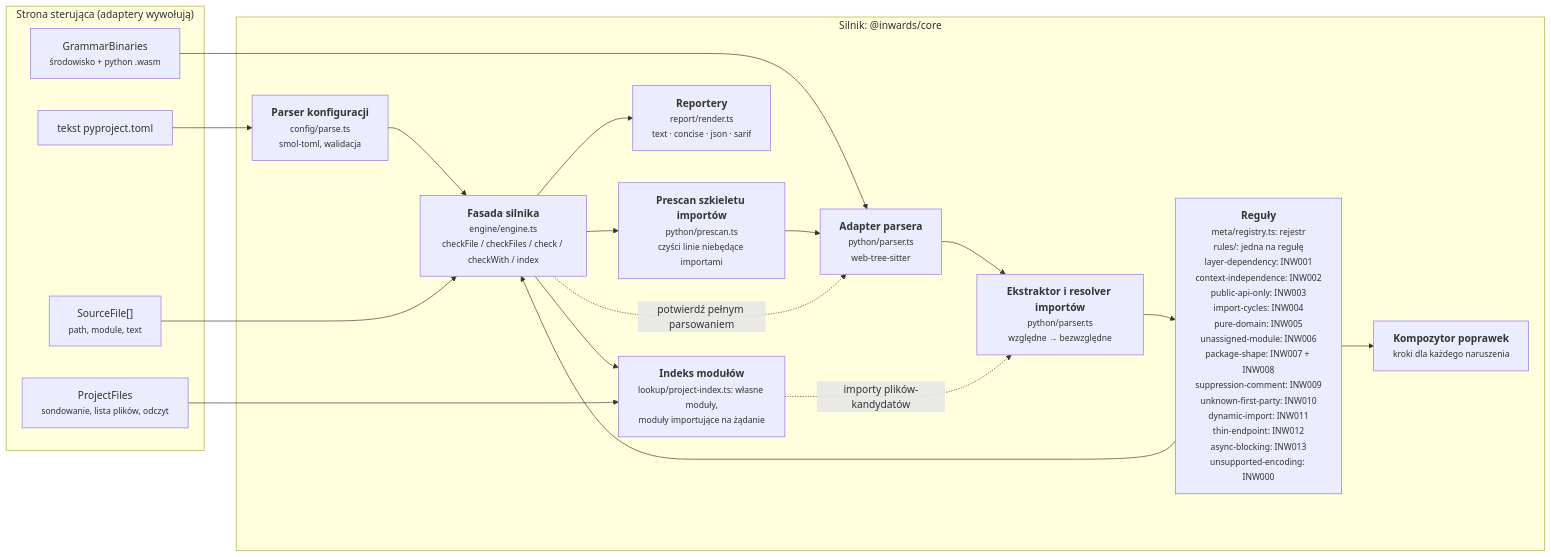
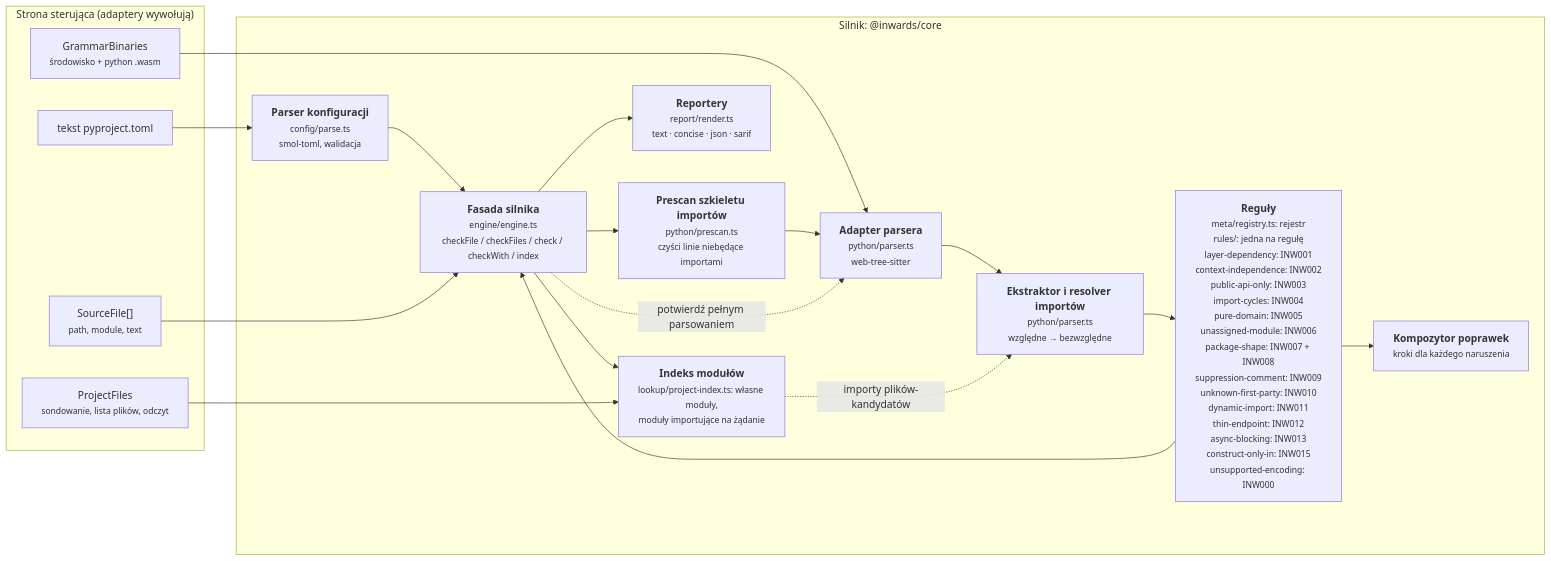
Before and after one commit to SirCypkowskyy/inwards: the third of 6 diagrams in docs/pl/03-Architecture-C4.md, drawn with Mermaid. The commit also changed other lines of this file and 29 other files, not shown here.

Commit message:
feat(rules): add INW015 construct-only-in so only the composition root imports and builds outbound adapters

````diff
--- a/docs/pl/03-Architecture-C4.md
+++ b/docs/pl/03-Architecture-C4.md
@@ -110,33 +110,33 @@
 ```mermaid
 flowchart LR
     subgraph driving["Strona sterująca (adaptery wywołują)"]
         files["SourceFile[]<br/><small>path, module, text</small>"]
         cfgtext["tekst pyproject.toml"]
         wasm["GrammarBinaries<br/><small>środowisko + python .wasm</small>"]
         pfiles["ProjectFiles<br/><small>sondowanie, lista plików, odczyt</small>"]
     end
 
     subgraph enginebox["Silnik: @inwards/core"]
         config["<b>Parser konfiguracji</b><br/><small>config/parse.ts<br/>smol-toml, walidacja</small>"]
         pre["<b>Prescan szkieletu importów</b><br/><small>python/prescan.ts<br/>czyści linie niebędące importami</small>"]
         parser["<b>Adapter parsera</b><br/><small>python/parser.ts<br/>web-tree-sitter</small>"]
         extract["<b>Ekstraktor i resolver importów</b><br/><small>python/parser.ts<br/>względne → bezwzględne</small>"]
-        rules["<b>Reguły</b><br/><small>meta/registry.ts: rejestr<br/>rules/: jedna na regułę<br/>layer-dependency: INW001<br/>context-independence: INW002<br/>public-api-only: INW003<br/>import-cycles: INW004<br/>pure-domain: INW005<br/>unassigned-module: INW006<br/>package-shape: INW007 + INW008<br/>suppression-comment: INW009<br/>unknown-first-party: INW010<br/>dynamic-import: INW011<br/>thin-endpoint: INW012<br/>async-blocking: INW013<br/>unsupported-encoding: INW000</small>"]
+        rules["<b>Reguły</b><br/><small>meta/registry.ts: rejestr<br/>rules/: jedna na regułę<br/>layer-dependency: INW001<br/>context-independence: INW002<br/>public-api-only: INW003<br/>import-cycles: INW004<br/>pure-domain: INW005<br/>unassigned-module: INW006<br/>package-shape: INW007 + INW008<br/>suppression-comment: INW009<br/>unknown-first-party: INW010<br/>dynamic-import: INW011<br/>thin-endpoint: INW012<br/>async-blocking: INW013<br/>construct-only-in: INW015<br/>unsupported-encoding: INW000</small>"]
         fix["<b>Kompozytor poprawek</b><br/><small>kroki dla każdego naruszenia</small>"]
         report["<b>Reportery</b><br/><small>report/render.ts<br/>text · concise · json · sarif</small>"]
         engine["<b>Fasada silnika</b><br/><small>engine/engine.ts<br/>checkFile / checkFiles / check / checkWith / index</small>"]
         modgraph["<b>Indeks modułów</b><br/><small>lookup/project-index.ts: własne moduły,<br/>moduły importujące na żądanie</small>"]
     end
 
     cfgtext --> config --> engine
     wasm --> parser
     files --> engine
     engine --> pre --> parser --> extract --> rules
     rules --> fix
     rules --> engine
     engine -. "potwierdź pełnym parsowaniem" .-> parser
     engine --> modgraph
     pfiles --> modgraph
     modgraph -. "importy plików-kandydatów" .-> extract
     engine --> report
 ```
````
